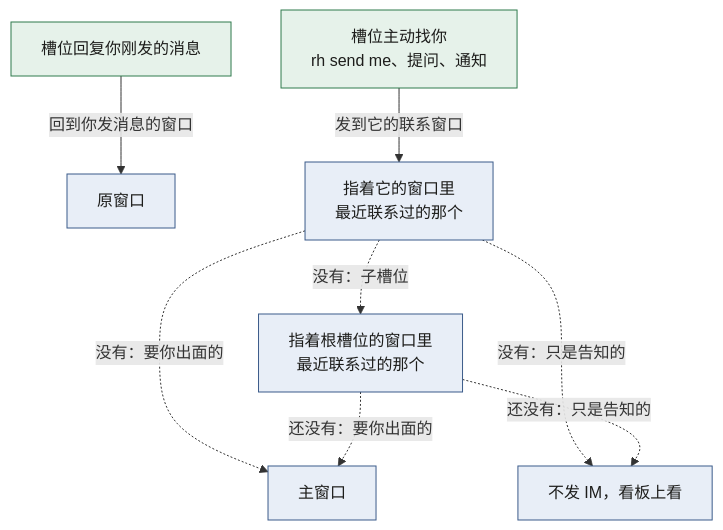
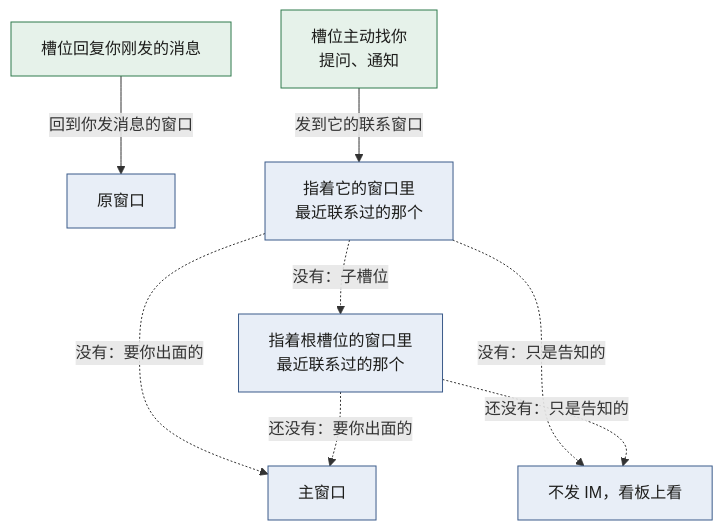
The fifth of 5 diagrams in docs/product.md (RhodiumTeam/Rhodium), drawn with Mermaid before and after one commit. The commit also changed other lines of this file and 99 other files, not shown here.

````diff
--- a/docs/product.md
+++ b/docs/product.md
@@ -965,12 +1007,12 @@
 ```mermaid
 flowchart TD
   classDef agent fill:#e6f2ea,stroke:#2f7a4d,color:#1d1d1b
   classDef ext fill:#e8eef7,stroke:#3b5b8a,color:#1d1d1b
   R["槽位回复你刚发的消息"]:::agent -- "回到你发消息的窗口" --> W1["原窗口"]:::ext
-  P["槽位主动找你<br/>rh send me、提问、通知"]:::agent -- "发到它的联系窗口" --> W0["指着它的窗口里<br/>最近联系过的那个"]:::ext
+  P["槽位主动找你<br/>提问、通知"]:::agent -- "发到它的联系窗口" --> W0["指着它的窗口里<br/>最近联系过的那个"]:::ext
   W0 -. "没有：子槽位" .-> W3["指着根槽位的窗口里<br/>最近联系过的那个"]:::ext
   W0 -. "没有：要你出面的" .-> W4["主窗口"]:::ext
   W3 -. "还没有：要你出面的" .-> W4
   W0 -. "没有：只是告知的" .-> N["不发 IM，看板上看"]:::ext
   W3 -. "还没有：只是告知的" .-> N
 ```
````
